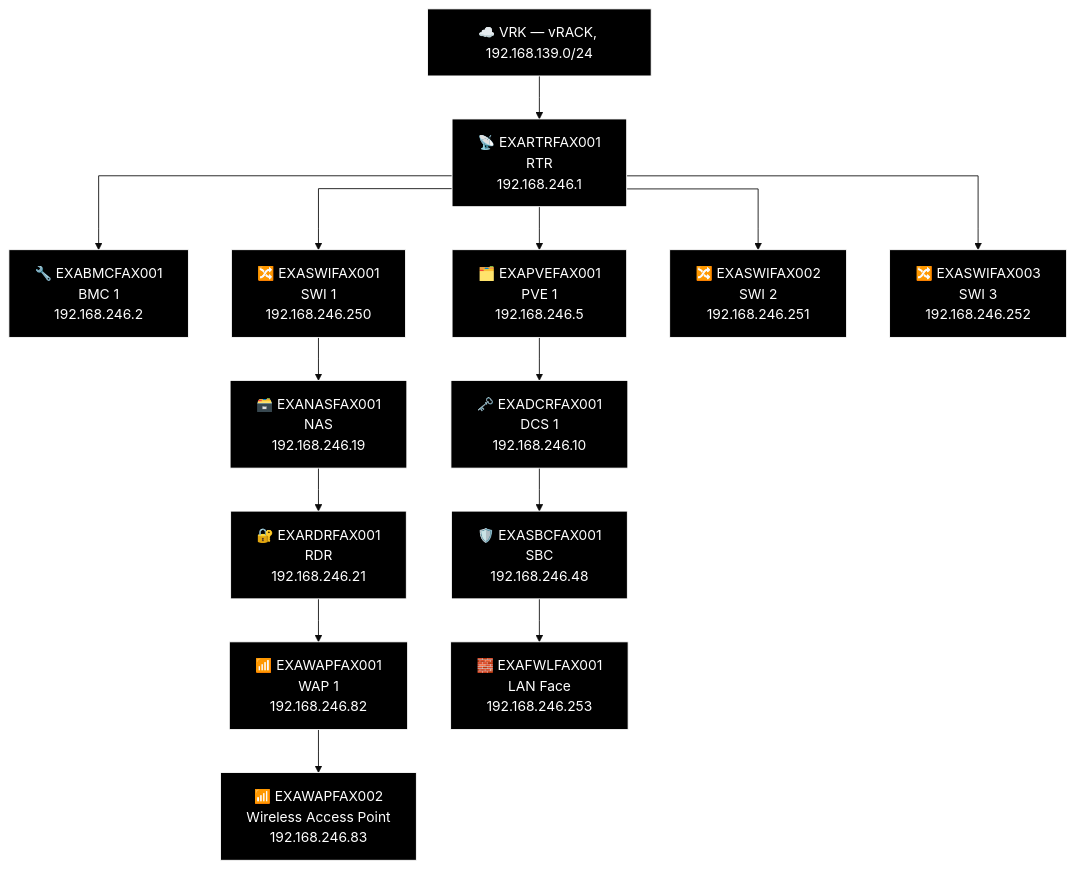
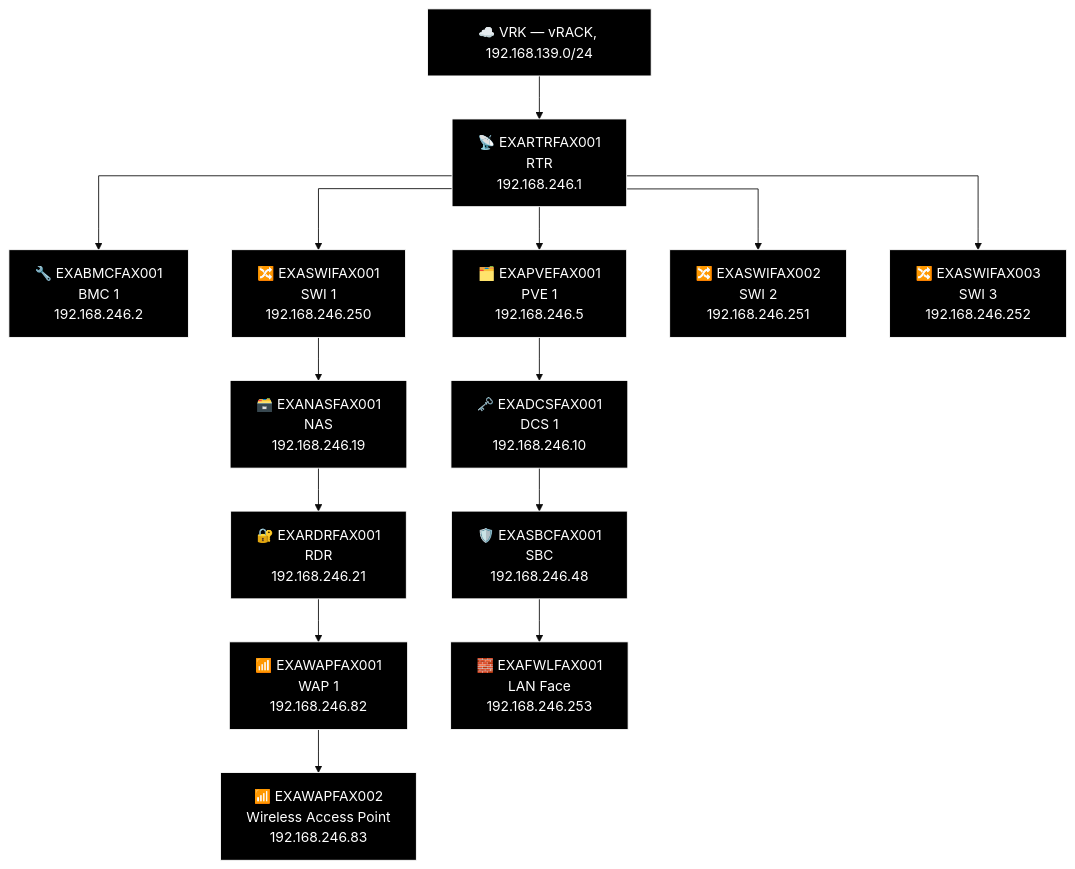
Diagram 11 of 23 in docs/network-diagram/danmark.md (knightmare2600/example_music_infra), drawn with Mermaid (base theme) before and after one commit. The commit also changed other lines of this file and 11 other files, not shown here.

````diff
--- a/docs/network-diagram/danmark.md
+++ b/docs/network-diagram/danmark.md
@@ -511,42 +511,42 @@
 ```mermaid
 %% GENERATED:TOPOLOGY:FAX:START
 %%{init: {'flowchart': {'curve': 'stepAfter'}}}%%
 graph TD
     T_VRK["☁️ VRK — vRACK, 192.168.139.0/24"]
     T_RTR["📡 EXARTRFAX001<br/>RTR<br/>192.168.246.1"]
     T_VRK --> T_RTR
     T_BMC["🔧 EXABMCFAX001<br/>BMC 1<br/>192.168.246.2"]
     T_RTR --> T_BMC
     T_PVE["🗂️ EXAPVEFAX001<br/>PVE 1<br/>192.168.246.5"]
     T_RTR --> T_PVE
     T_SWI["🔀 EXASWIFAX001<br/>SWI 1<br/>192.168.246.250"]
     T_RTR --> T_SWI
     T_SWI2["🔀 EXASWIFAX002<br/>SWI 2<br/>192.168.246.251"]
     T_RTR --> T_SWI2
     T_SWI3["🔀 EXASWIFAX003<br/>SWI 3<br/>192.168.246.252"]
     T_RTR --> T_SWI3
     T_NAS["🗃️ EXANASFAX001<br/>NAS<br/>192.168.246.19"]
     T_RDR["🔐 EXARDRFAX001<br/>RDR<br/>192.168.246.21"]
     T_WAP["📶 EXAWAPFAX001<br/>WAP 1<br/>192.168.246.82"]
     T_WAP2["📶 EXAWAPFAX002<br/>Wireless Access Point<br/>192.168.246.83"]
     T_SWI --> T_NAS --> T_RDR --> T_WAP --> T_WAP2
-    T_DCS["🗝️ EXADCRFAX001<br/>DCS 1<br/>192.168.246.10"]
+    T_DCS["🗝️ EXADCSFAX001<br/>DCS 1<br/>192.168.246.10"]
     T_SBC["🛡️ EXASBCFAX001<br/>SBC<br/>192.168.246.48"]
     T_FWL["🧱 EXAFWLFAX001<br/>LAN Face<br/>192.168.246.253"]
     T_PVE --> T_DCS --> T_SBC --> T_FWL
     style T_VRK fill:#000000,stroke:#FFFFFF,color:#FFFFFF
     style T_RTR fill:#000000,stroke:#FFFFFF,color:#FFFFFF
     style T_BMC fill:#000000,stroke:#FFFFFF,color:#FFFFFF
     style T_PVE fill:#000000,stroke:#FFFFFF,color:#FFFFFF
     style T_SWI fill:#000000,stroke:#FFFFFF,color:#FFFFFF
     style T_SWI2 fill:#000000,stroke:#FFFFFF,color:#FFFFFF
     style T_SWI3 fill:#000000,stroke:#FFFFFF,color:#FFFFFF
     style T_NAS fill:#000000,stroke:#FFFFFF,color:#FFFFFF
     style T_RDR fill:#000000,stroke:#FFFFFF,color:#FFFFFF
     style T_WAP fill:#000000,stroke:#FFFFFF,color:#FFFFFF
     style T_WAP2 fill:#000000,stroke:#FFFFFF,color:#FFFFFF
     style T_DCS fill:#000000,stroke:#FFFFFF,color:#FFFFFF
     style T_SBC fill:#000000,stroke:#FFFFFF,color:#FFFFFF
     style T_FWL fill:#000000,stroke:#FFFFFF,color:#FFFFFF
 %% GENERATED:TOPOLOGY:FAX:END
 ```
````
